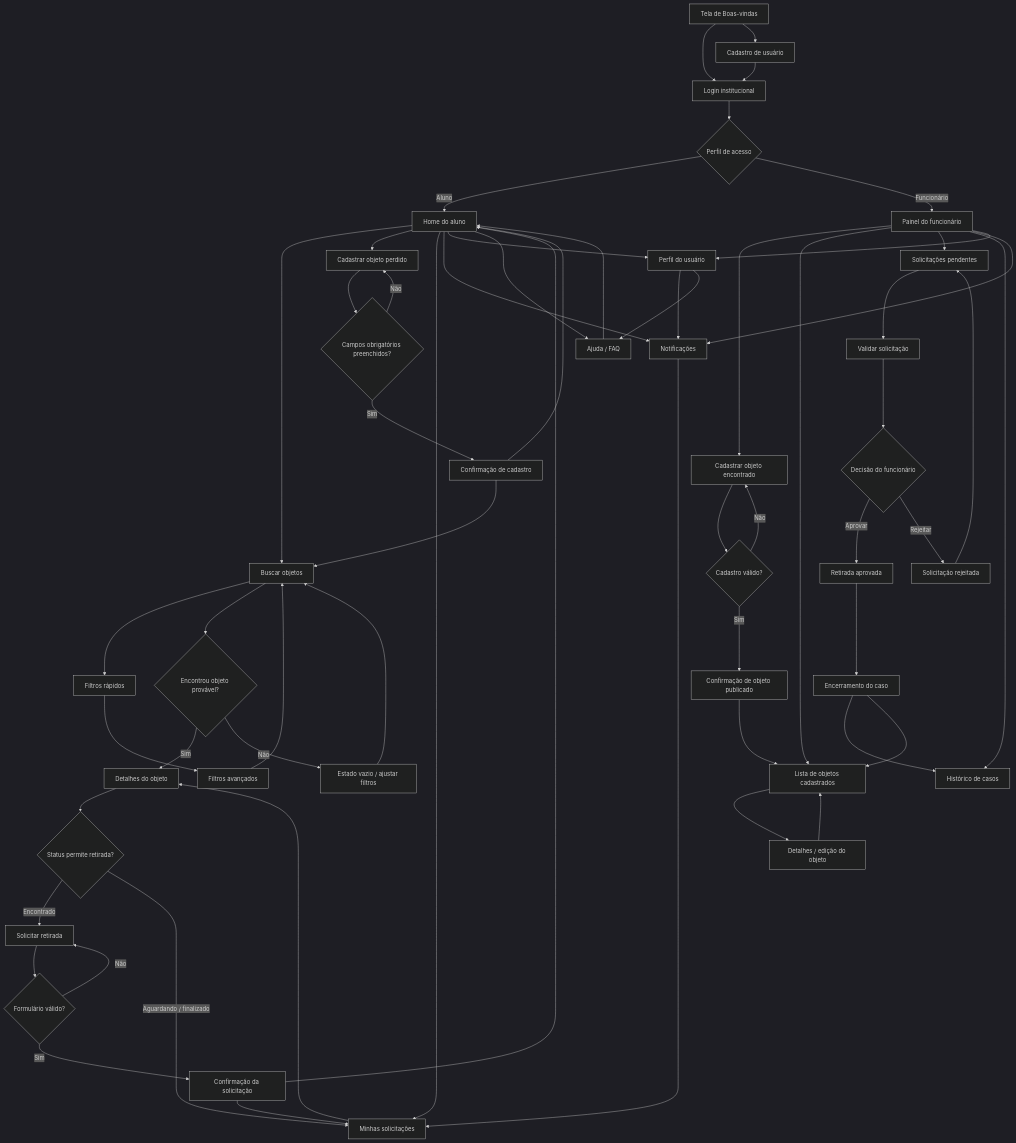
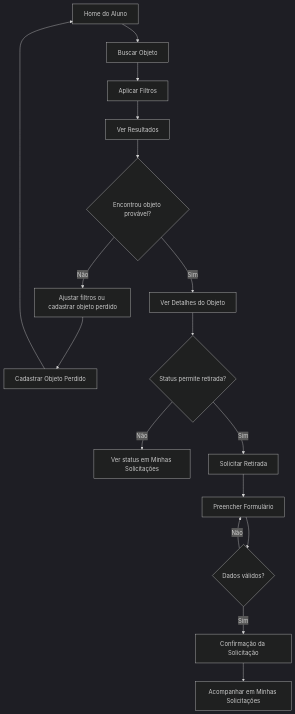
The second of 3 diagrams in template-preenchido/projeto-achados-perdidos-unitins.md (guisiq/projeto-de-interface), drawn with Mermaid (dark theme) before and after one commit. The commit also changed other lines of this file, not shown here.

Commit message:
feat: update site map and user flow diagrams for UniAchados project documentation

````diff
--- a/template-preenchido/projeto-achados-perdidos-unitins.md
+++ b/template-preenchido/projeto-achados-perdidos-unitins.md
@@ -244,75 +279,23 @@
 ```mermaid
 flowchart TD
-  A[Tela de Boas-vindas] --> B[Login institucional]
-  A --> C[Cadastro de usuário]
-  C --> B
-  B --> D{Perfil de acesso}
+  A[Home do Aluno] --> B[Buscar Objeto]
+  B --> C[Aplicar Filtros]
+  C --> D[Ver Resultados]
+  D --> E{Encontrou objeto provável?}
 
-  D -->|Aluno| E[Home do aluno]
-  D -->|Funcionário| F[Painel do funcionário]
+  E -->|Não| F[Ajustar filtros ou cadastrar objeto perdido]
+  F --> G[Cadastrar Objeto Perdido]
+  G --> A
 
-  %% Navegação persistente do aluno
-  E --> G[Buscar objetos]
-  E --> H[Cadastrar objeto perdido]
-  E --> I[Minhas solicitações]
-  E --> J[Notificações]
-  E --> K[Perfil do usuário]
-  E --> L[Ajuda / FAQ]
+  E -->|Sim| H[Ver Detalhes do Objeto]
+  H --> I{Status permite retirada?}
 
-  %% Fluxo de busca e retirada
-  G --> M[Filtros rápidos]
-  M --> N[Filtros avançados]
-  N --> G
-  G --> O{Encontrou objeto provável?}
-  O -->|Sim| P[Detalhes do objeto]
-  O -->|Não| Q[Estado vazio / ajustar filtros]
-  Q --> G
-  P --> R{Status permite retirada?}
-  R -->|Encontrado| S[Solicitar retirada]
-  R -->|Aguardando / finalizado| I
-  S --> T{Formulário válido?}
-  T -->|Não| S
-  T -->|Sim| U[Confirmação da solicitação]
-  U --> I
-  U --> E
+  I -->|Não| J[Ver status em Minhas Solicitações]
 
-  %% Fluxo de cadastro pelo aluno
-  H --> V{Campos obrigatórios preenchidos?}
-  V -->|Não| H
-  V -->|Sim| W[Confirmação de cadastro]
-  W --> E
-  W --> G
-
-  %% Acompanhamento do aluno
-  I --> P
-  J --> I
-  K --> J
-  K --> L
-  L --> E
-
-  %% Navegação persistente do funcionário
-  F --> X[Cadastrar objeto encontrado]
-  F --> Y[Lista de objetos cadastrados]
-  F --> Z[Solicitações pendentes]
-  F --> AA[Histórico de casos]
-  F --> J
-  F --> K
-
-  %% Cadastro e gestão administrativa
-  X --> AB{Cadastro válido?}
-  AB -->|Não| X
-  AB -->|Sim| AC[Confirmação de objeto publicado]
-  AC --> Y
-  Y --> AD[Detalhes / edição do objeto]
-  AD --> Y
-
-  %% Validação e encerramento
-  Z --> AE[Validar solicitação]
-  AE --> AF{Decisão do funcionário}
-  AF -->|Aprovar| AG[Retirada aprovada]
-  AF -->|Rejeitar| AH[Solicitação rejeitada]
-  AG --> AI[Encerramento do caso]
-  AH --> Z
-  AI --> AA
-  AI --> Y
+  I -->|Sim| K[Solicitar Retirada]
+  K --> L[Preencher Formulário]
+  L --> M{Dados válidos?}
+  M -->|Não| L
+  M -->|Sim| N[Confirmação da Solicitação]
+  N --> O[Acompanhar em Minhas Solicitações]
 ```
````
